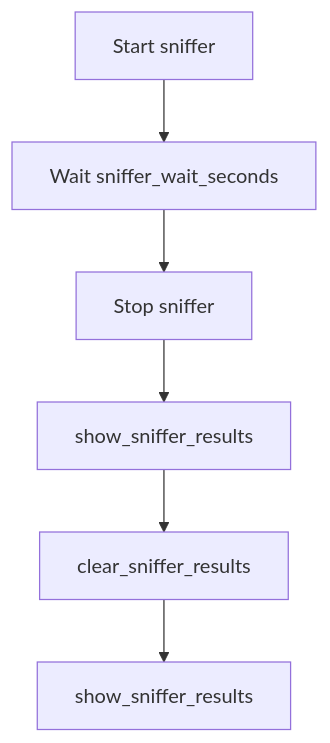
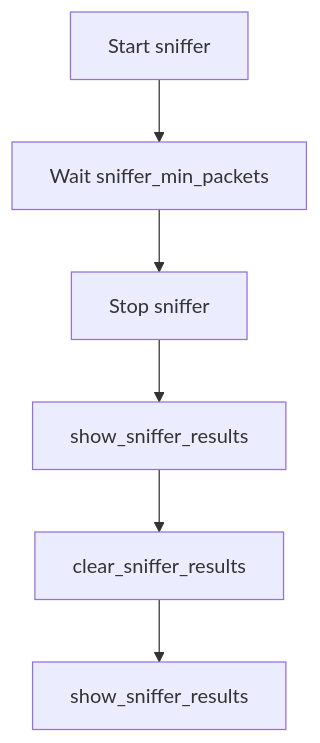
One commit to C5Lab/projectZero changed diagram 14 of 20 in ESP32C5/tests/README.md. Above: the diagram before and after it, drawn with Mermaid. The commit also changed other lines of this file, not shown here.

````diff
--- a/ESP32C5/tests/README.md
+++ b/ESP32C5/tests/README.md
@@ -298,8 +298,8 @@
 ```mermaid
 flowchart TD
-    A[Start sniffer] --> B[Wait sniffer_wait_seconds]
+    A[Start sniffer] --> B[Wait sniffer_min_packets]
     B --> C[Stop sniffer]
     C --> D[show_sniffer_results]
     D --> E[clear_sniffer_results]
     E --> F[show_sniffer_results]
 ```
````
